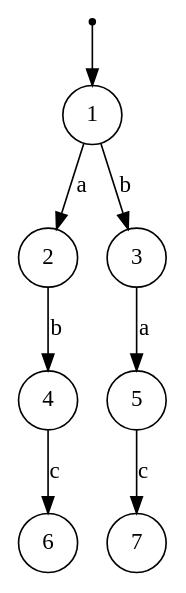
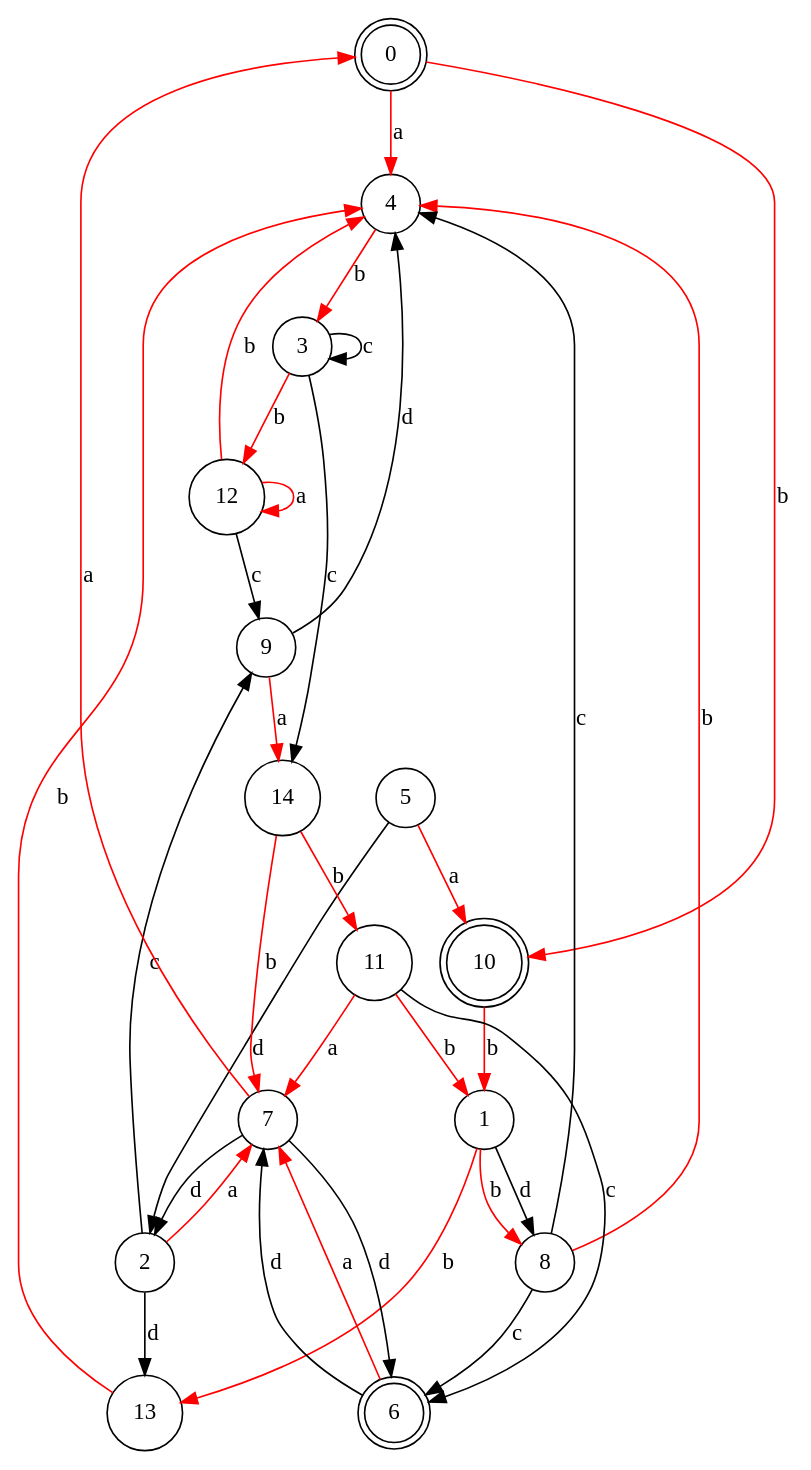
The diagram in dotsource.dot (Reithger/Finite-State-Machine-Model), drawn with Graphviz before and after one commit. The commit also changed 50 other files, not shown here.

```diff
--- a/dotsource.dot
+++ b/dotsource.dot
@@ -1,17 +1,51 @@
 digraph G {
-"1"[shape = circle color = "black"];
-"___NEVER_USE_THIS_NAME___1"[fontSize = 1 shape = point]; 
-{"___NEVER_USE_THIS_NAME___1"}->{"1"}; 
-"2"[shape = circle color = "black"];
-"3"[shape = circle color = "black"];
-"4"[shape = circle color = "black"];
-"5"[shape = circle color = "black"];
-"6"[shape = circle color = "black"];
-"7"[shape = circle color = "black"];
-"4"->{"6"} [label = "c" color = "black" arrowhead = "normal" ]; 
-"2"->{"4"} [label = "b" color = "black" arrowhead = "normal" ]; 
-"5"->{"7"} [label = "c" color = "black" arrowhead = "normal" ]; 
-"1"->{"2"} [label = "a" color = "black" arrowhead = "normal" ]; 
-"1"->{"3"} [label = "b" color = "black" arrowhead = "normal" ]; 
-"3"->{"5"} [label = "a" color = "black" arrowhead = "normal" ]; 
+"n0"[label="0"shape=doublecircle color="black"];
+"n1"[label="1"shape=circle color="black"];
+"n2"[label="2"shape=circle color="black"];
+"n3"[label="3"shape=circle color="black"];
+"n4"[label="4"shape=circle color="black"];
+"n5"[label="5"shape=circle color="black"];
+"n6"[label="6"shape=doublecircle color="black"];
+"n7"[label="7"shape=circle color="black"];
+"n8"[label="8"shape=circle color="black"];
+"n9"[label="9"shape=circle color="black"];
+"n10"[label="10"shape=doublecircle color="black"];
+"n11"[label="11"shape=circle color="black"];
+"n12"[label="12"shape=circle color="black"];
+"n13"[label="13"shape=circle color="black"];
+"n14"[label="14"shape=circle color="black"];
+{"n0"}->{"n10"}[label = "b" color="red" arrowhead="normal"];
+{"n0"}->{"n4"}[label = "a" color="red" arrowhead="normal"];
+{"n1"}->{"n8"}[label = "d" color="black" arrowhead="normal"];
+{"n1"}->{"n13"}[label = "b" color="red" arrowhead="normal"];
+{"n1"}->{"n8"}[label = "b" color="red" arrowhead="normal"];
+{"n2"}->{"n7"}[label = "a" color="red" arrowhead="normal"];
+{"n2"}->{"n13"}[label = "d" color="black" arrowhead="normal"];
+{"n2"}->{"n9"}[label = "c" color="black" arrowhead="normal"];
+{"n3"}->{"n3"}[label = "c" color="black" arrowhead="normal"];
+{"n3"}->{"n14"}[label = "c" color="black" arrowhead="normal"];
+{"n3"}->{"n12"}[label = "b" color="red" arrowhead="normal"];
+{"n4"}->{"n3"}[label = "b" color="red" arrowhead="normal"];
+{"n5"}->{"n2"}[label = "d" color="black" arrowhead="normal"];
+{"n5"}->{"n10"}[label = "a" color="red" arrowhead="normal"];
+{"n6"}->{"n7"}[label = "d" color="black" arrowhead="normal"];
+{"n6"}->{"n7"}[label = "a" color="red" arrowhead="normal"];
+{"n7"}->{"n6"}[label = "d" color="black" arrowhead="normal"];
+{"n7"}->{"n2"}[label = "d" color="black" arrowhead="normal"];
+{"n7"}->{"n0"}[label = "a" color="red" arrowhead="normal"];
+{"n8"}->{"n4"}[label = "b" color="red" arrowhead="normal"];
+{"n8"}->{"n4"}[label = "c" color="black" arrowhead="normal"];
+{"n8"}->{"n6"}[label = "c" color="black" arrowhead="normal"];
+{"n9"}->{"n14"}[label = "a" color="red" arrowhead="normal"];
+{"n9"}->{"n4"}[label = "d" color="black" arrowhead="normal"];
+{"n10"}->{"n1"}[label = "b" color="red" arrowhead="normal"];
+{"n11"}->{"n1"}[label = "b" color="red" arrowhead="normal"];
+{"n11"}->{"n6"}[label = "c" color="black" arrowhead="normal"];
+{"n11"}->{"n7"}[label = "a" color="red" arrowhead="normal"];
+{"n12"}->{"n9"}[label = "c" color="black" arrowhead="normal"];
+{"n12"}->{"n12"}[label = "a" color="red" arrowhead="normal"];
+{"n12"}->{"n4"}[label = "b" color="red" arrowhead="normal"];
+{"n13"}->{"n4"}[label = "b" color="red" arrowhead="normal"];
+{"n14"}->{"n11"}[label = "b" color="red" arrowhead="normal"];
+{"n14"}->{"n7"}[label = "b" color="red" arrowhead="normal"];
 }
```
